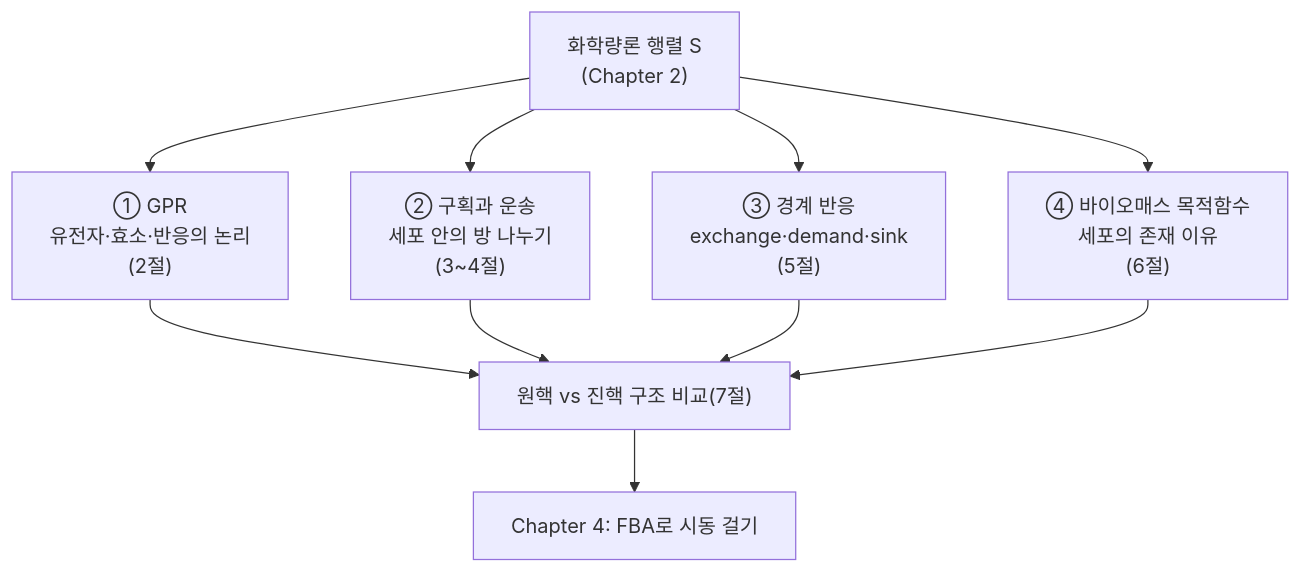
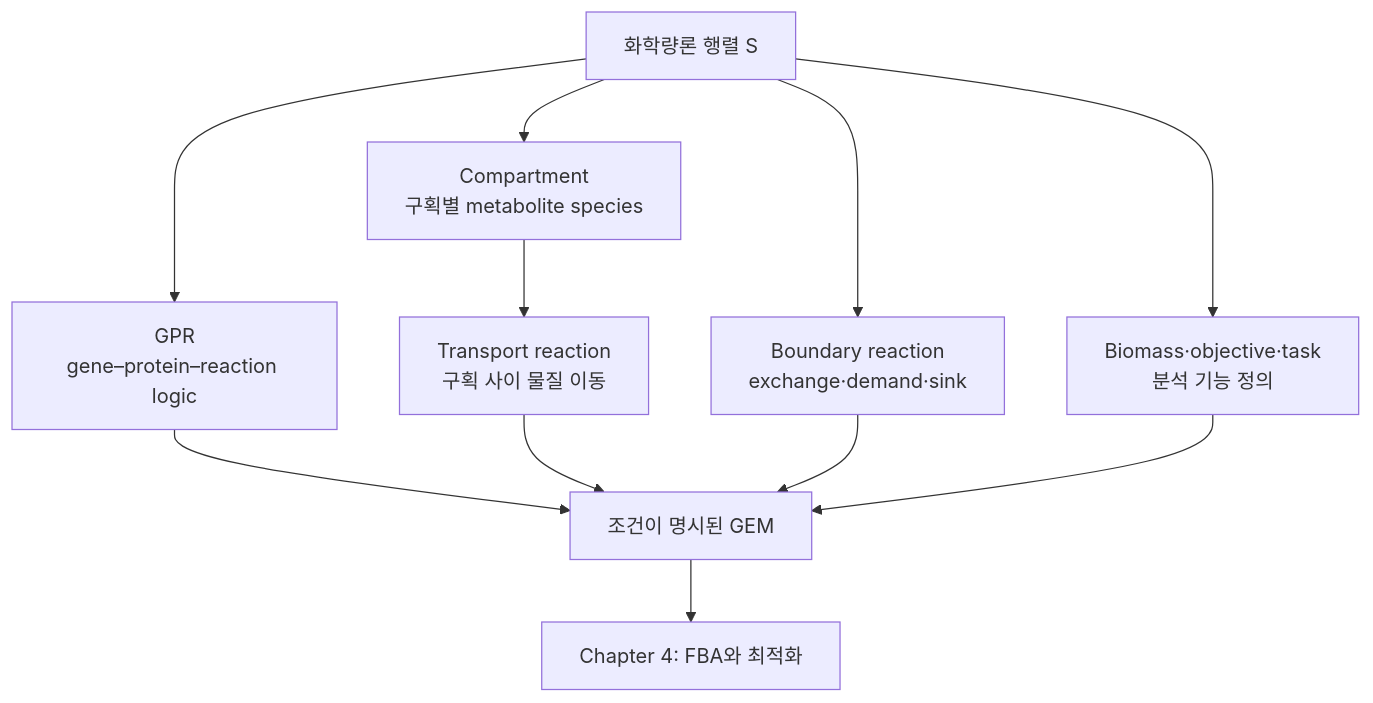
Before and after one commit to jyryu3161/ebook_metabolic_modeling: the diagram in chapter-3/README.md, drawn with Mermaid. The commit also changed other lines of this file and 92 other files, not shown here.

````diff
--- a/chapter-3/README.md
+++ b/chapter-3/README.md
@@ -26,12 +11,13 @@
 ```mermaid
 flowchart TB
-    S["화학량론 행렬 S\n(Chapter 2)"] --> GPR["① GPR\n유전자·효소·반응의 논리\n(2절)"]
-    S --> COMP["② 구획과 운송\n세포 안의 방 나누기\n(3~4절)"]
-    S --> BOUND["③ 경계 반응\nexchange·demand·sink\n(5절)"]
-    S --> BIO["④ 바이오매스 목적함수\n세포의 존재 이유\n(6절)"]
-    GPR --> ANAT["원핵 vs 진핵 구조 비교(7절)"]
-    COMP --> ANAT
-    BOUND --> ANAT
-    BIO --> ANAT
-    ANAT --> FBA["Chapter 4: FBA로 시동 걸기"]
+    S["화학량론 행렬 S"] --> G["GPR<br/>gene–protein–reaction logic"]
+    S --> C["Compartment<br/>구획별 metabolite species"]
+    C --> T["Transport reaction<br/>구획 사이 물질 이동"]
+    S --> B["Boundary reaction<br/>exchange·demand·sink"]
+    S --> O["Biomass·objective·task<br/>분석 기능 정의"]
+    G --> M["조건이 명시된 GEM"]
+    T --> M
+    B --> M
+    O --> M
+    M --> F["Chapter 4: FBA와 최적화"]
 ```
````
